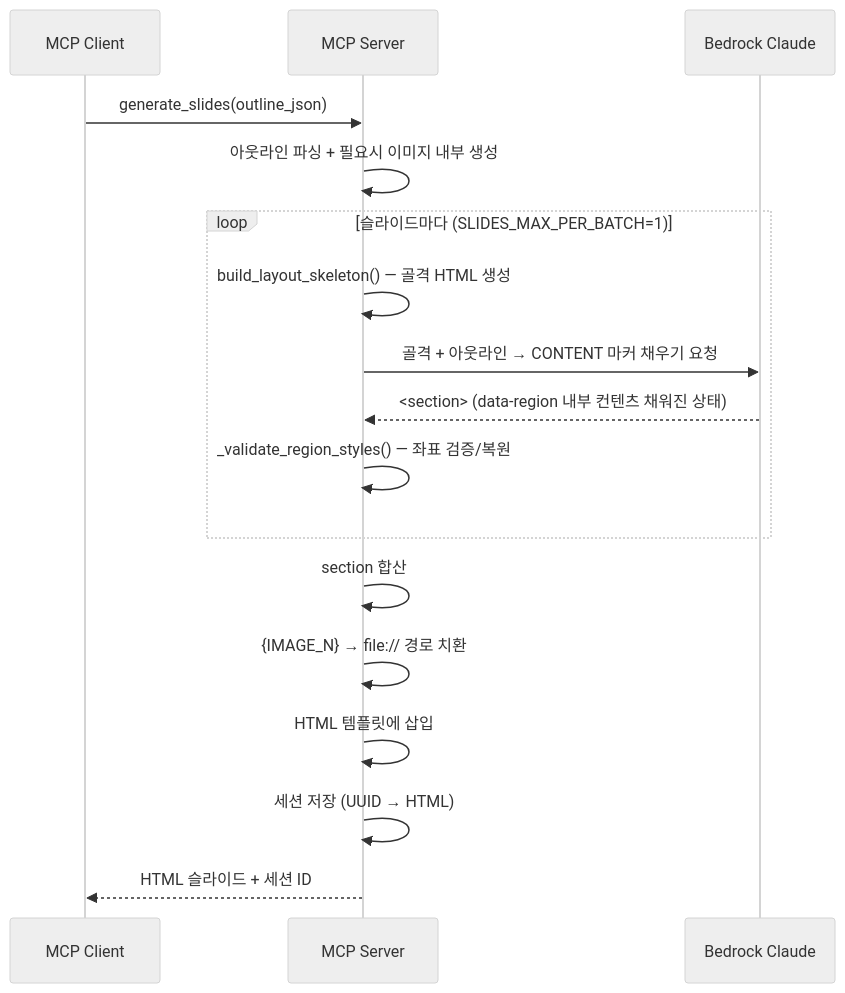
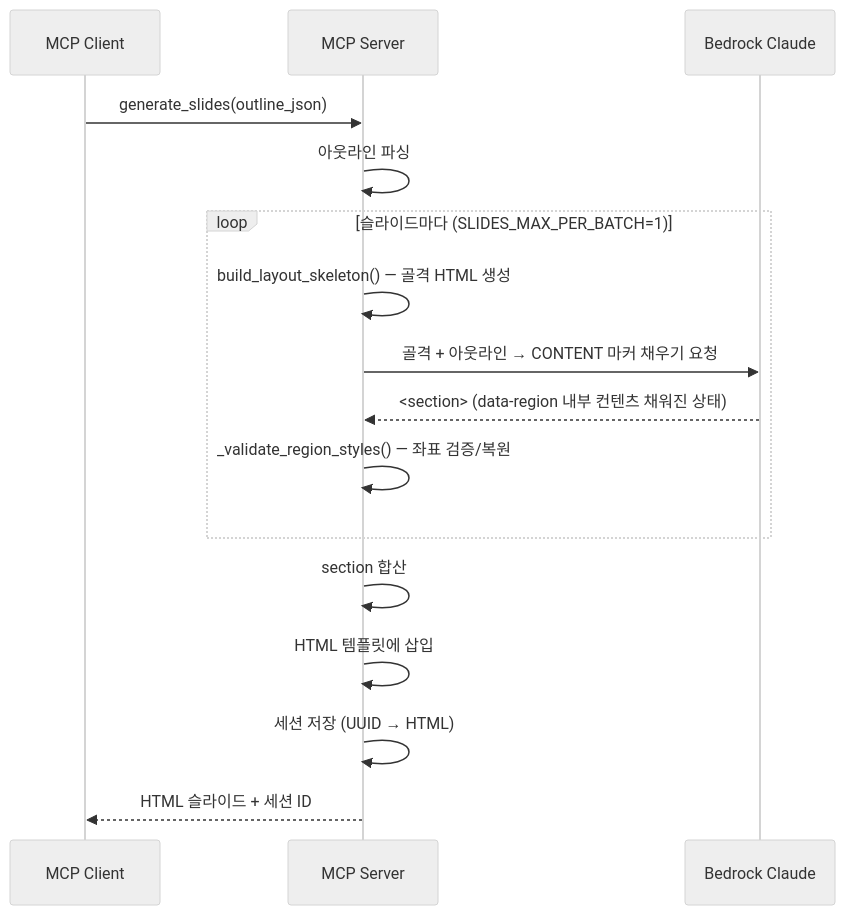
One commit to haandol/ppt-generator changed the diagram in docs/adr/pipeline/0004-html-slide-generation.md. Above: the diagram before and after it, drawn with Mermaid (neutral theme). The commit also changed other lines of this file and 24 other files, not shown here.

````diff
--- a/docs/adr/pipeline/0004-html-slide-generation.md
+++ b/docs/adr/pipeline/0004-html-slide-generation.md
@@ -131,22 +126,21 @@
 ```mermaid
 sequenceDiagram
     participant Client as MCP Client
     participant Server as MCP Server
     participant LLM as Bedrock Claude
 
     Client->>Server: generate_slides(outline_json)
-    Server->>Server: 아웃라인 파싱 + 필요시 이미지 내부 생성
+    Server->>Server: 아웃라인 파싱
 
     loop 슬라이드마다 (SLIDES_MAX_PER_BATCH=1)
         Server->>Server: build_layout_skeleton() — 골격 HTML 생성
         Server->>LLM: 골격 + 아웃라인 → CONTENT 마커 채우기 요청
         LLM-->>Server: <section> (data-region 내부 컨텐츠 채워진 상태)
         Server->>Server: _validate_region_styles() — 좌표 검증/복원
     end
 
     Server->>Server: section 합산
-    Server->>Server: {IMAGE_N} → file:// 경로 치환
     Server->>Server: HTML 템플릿에 삽입
     Server->>Server: 세션 저장 (UUID → HTML)
     Server-->>Client: HTML 슬라이드 + 세션 ID
 ```
````
